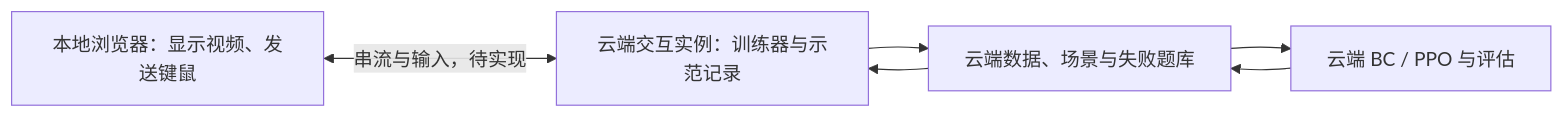
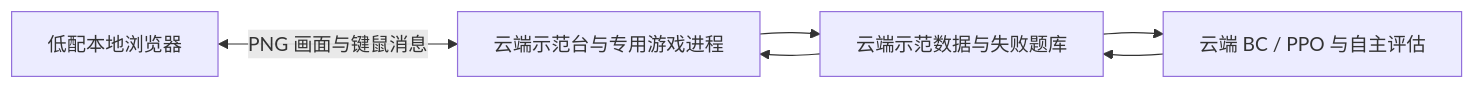
Before and after one commit to wly-lizhong/valorant-agent-lab: the diagram in docs/cloud-workflow.md, drawn with Mermaid. The commit also changed other lines of this file and 24 other files, not shown here.

````diff
--- a/docs/cloud-workflow.md
+++ b/docs/cloud-workflow.md
@@ -15,8 +17,8 @@
 ```mermaid
 flowchart LR
-    A[本地浏览器：显示视频、发送键鼠] <-->|串流与输入，待实现| B[云端交互实例：训练器与示范记录]
-    B --> C[云端数据、场景与失败题库]
-    C --> D[云端 BC / PPO 与评估]
+    A[低配本地浏览器] <-->|PNG 画面与键鼠消息| B[云端示范台与专用游戏进程]
+    B --> C[云端示范数据与失败题库]
+    C --> D[云端 BC / PPO 与自主评估]
     D --> C
     C --> B
 ```
````
